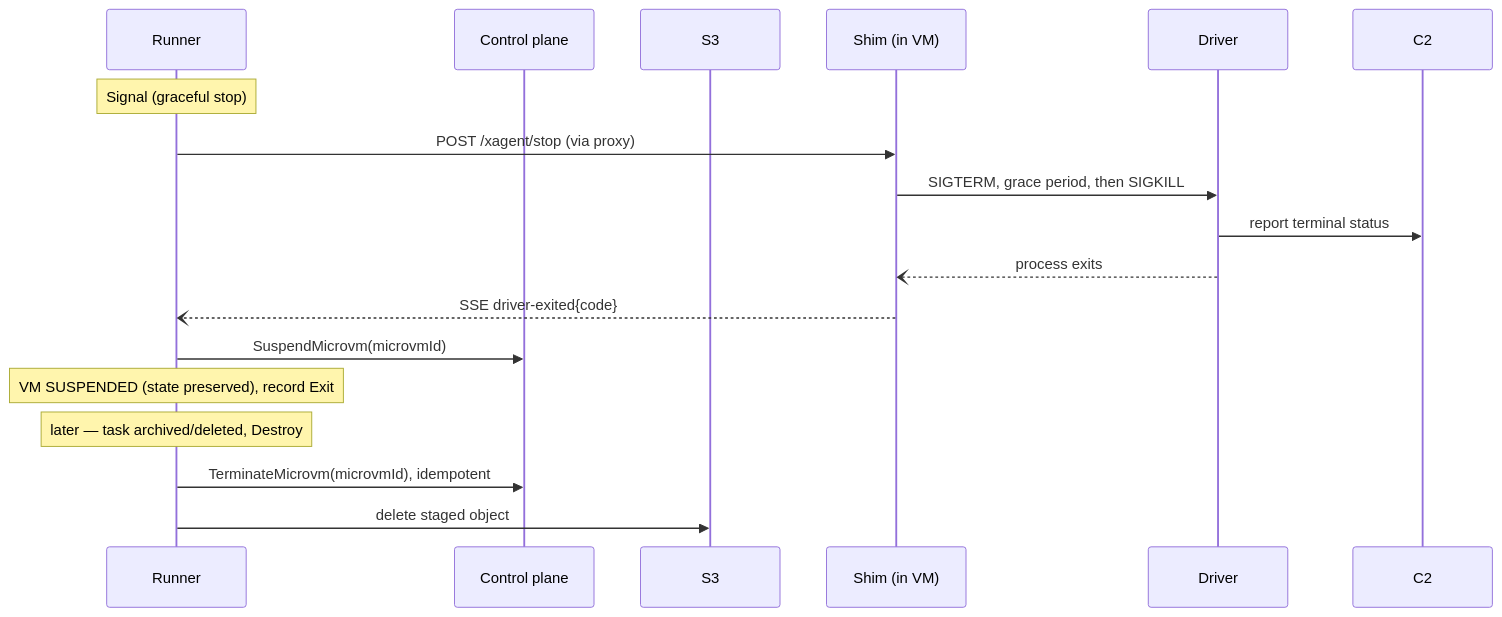
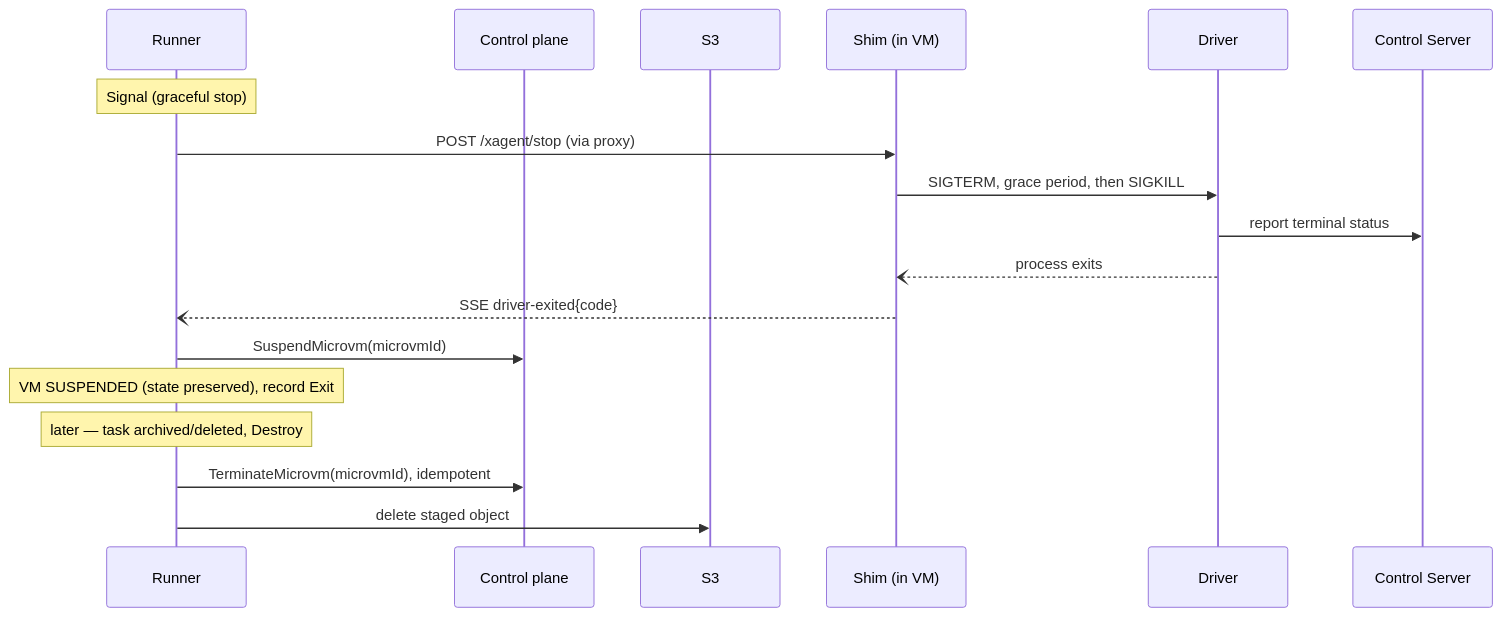
The fourth of 4 diagrams in proposals/draft/lambda-microvm-backend.md (icholy/xagent), drawn with Mermaid before and after one commit. The commit also changed other lines of this file and 32 other files, not shown here.

````diff
--- a/proposals/draft/lambda-microvm-backend.md
+++ b/proposals/draft/lambda-microvm-backend.md
@@ -354,22 +354,22 @@
 ```mermaid
 sequenceDiagram
     participant R as Runner
     participant CP as Control plane
     participant S3
     participant Shim as Shim (in VM)
     participant Drv as Driver
-    participant C2
+    participant Server as Control Server
 
     Note over R: Signal (graceful stop)
     R->>Shim: POST /xagent/stop (via proxy)
     Shim->>Drv: SIGTERM, grace period, then SIGKILL
-    Drv->>C2: report terminal status
+    Drv->>Server: report terminal status
     Drv--)Shim: process exits
     Shim--)R: SSE driver-exited{code}
     R->>CP: SuspendMicrovm(microvmId)
     Note over R: VM SUSPENDED (state preserved), record Exit
 
     Note over R: later — task archived/deleted, Destroy
     R->>CP: TerminateMicrovm(microvmId), idempotent
     R->>S3: delete staged object
 ```
````
